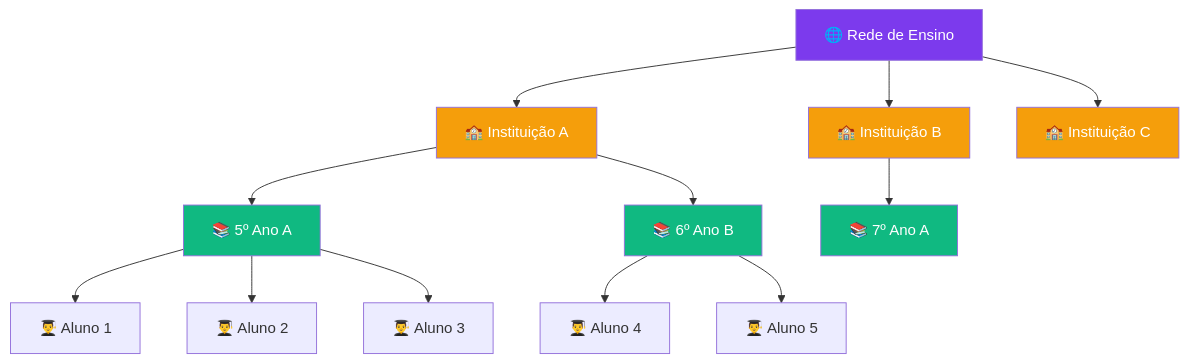
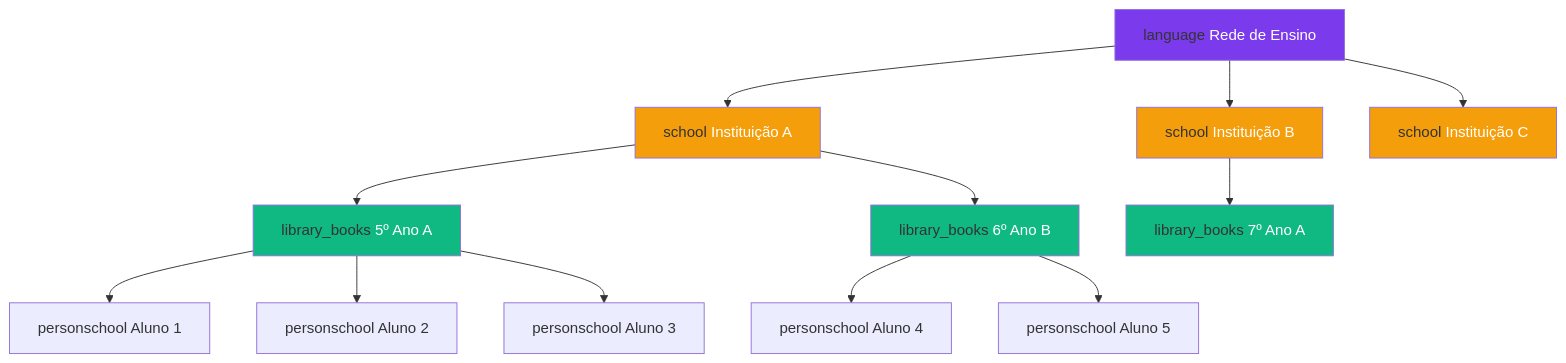
Before and after one commit to fabioeducacross/Ambiente_de_Prototipacao_V5: the first of 5 diagrams in documentation/docs/business-rules/domain-rules.md, drawn with Mermaid. The commit also changed other lines of this file and 46 other files, not shown here.

First line of the commit message:
feat: substitui emojis por Material Symbols icons na wiki

````diff
--- a/documentation/docs/business-rules/domain-rules.md
+++ b/documentation/docs/business-rules/domain-rules.md
@@ -20,26 +20,26 @@
 ```mermaid
 graph TD
-    R[🌐 Rede de Ensino] --> I1[🏫 Instituição A]
-    R --> I2[🏫 Instituição B]
-    R --> I3[🏫 Instituição C]
+    R[<span class="material-symbols-outlined">language</span> Rede de Ensino] --> I1[<span class="material-symbols-outlined">school</span> Instituição A]
+    R --> I2[<span class="material-symbols-outlined">school</span> Instituição B]
+    R --> I3[<span class="material-symbols-outlined">school</span> Instituição C]
     
-    I1 --> T1[📚 5º Ano A]
-    I1 --> T2[📚 6º Ano B]
+    I1 --> T1[<span class="material-symbols-outlined">library_books</span> 5º Ano A]
+    I1 --> T2[<span class="material-symbols-outlined">library_books</span> 6º Ano B]
     
-    I2 --> T3[📚 7º Ano A]
+    I2 --> T3[<span class="material-symbols-outlined">library_books</span> 7º Ano A]
     
-    T1 --> A1[👨‍🎓 Aluno 1]
-    T1 --> A2[👨‍🎓 Aluno 2]
-    T1 --> A3[👨‍🎓 Aluno 3]
+    T1 --> A1[<span class="material-symbols-outlined">person</span>‍<span class="material-symbols-outlined">school</span> Aluno 1]
+    T1 --> A2[<span class="material-symbols-outlined">person</span>‍<span class="material-symbols-outlined">school</span> Aluno 2]
+    T1 --> A3[<span class="material-symbols-outlined">person</span>‍<span class="material-symbols-outlined">school</span> Aluno 3]
     
-    T2 --> A4[👨‍🎓 Aluno 4]
-    T2 --> A5[👨‍🎓 Aluno 5]
+    T2 --> A4[<span class="material-symbols-outlined">person</span>‍<span class="material-symbols-outlined">school</span> Aluno 4]
+    T2 --> A5[<span class="material-symbols-outlined">person</span>‍<span class="material-symbols-outlined">school</span> Aluno 5]
     
     style R fill:#7C3AED,color:#fff
     style I1 fill:#F59E0B,color:#fff
     style I2 fill:#F59E0B,color:#fff
     style I3 fill:#F59E0B,color:#fff
     style T1 fill:#10B981,color:#fff
     style T2 fill:#10B981,color:#fff
     style T3 fill:#10B981,color:#fff
 ```
````
